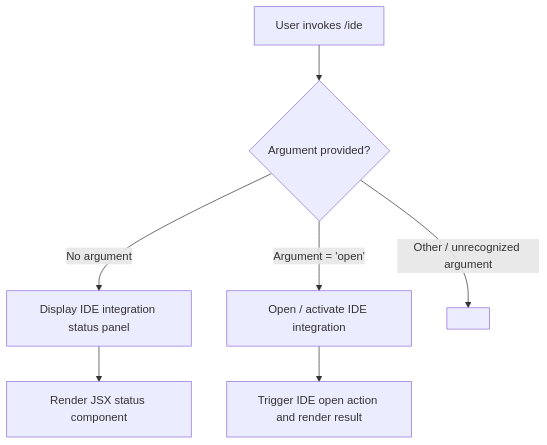
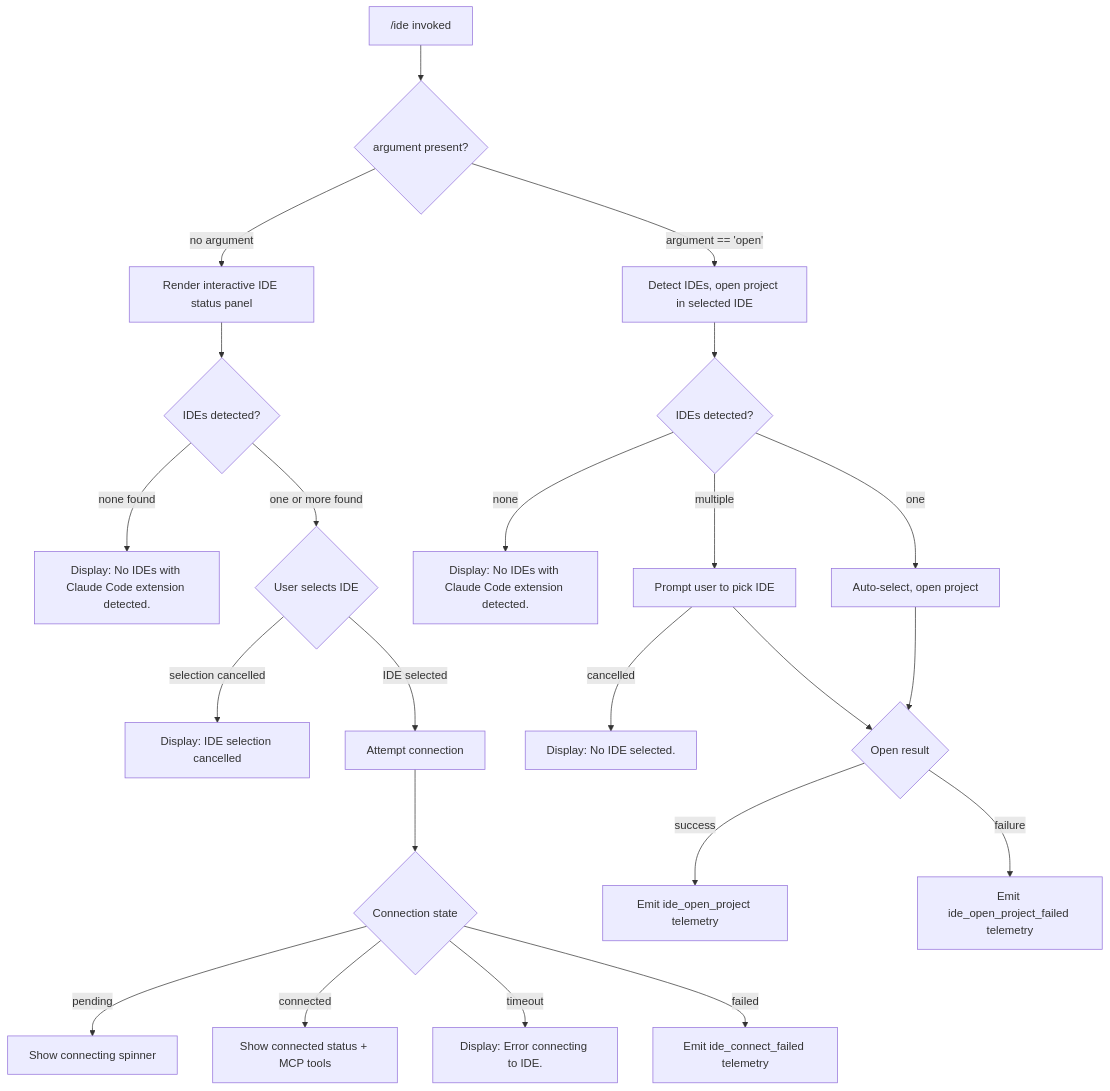
Before and after one commit to MyLittleLuckyDog/cc-gnothi: the diagram in versions/v2.1.150/ide.md, drawn with Mermaid. The commit also changed other lines of this file and 11 other files, not shown here.

````diff
--- a/versions/v2.1.150/ide.md
+++ b/versions/v2.1.150/ide.md
@@ -47,9 +40,25 @@
 ```mermaid
 flowchart TD
-    A[User invokes /ide] --> B{Argument provided?}
-    B -- "No argument" --> C[Display IDE integration status panel]
-    B -- "Argument = 'open'" --> D[Open / activate IDE integration]
-    B -- "Other / unrecognized argument" --> E[<!-- TODO: not found in depth-2 traversal; needs --depth 4 -->]
-    C --> F[Render JSX status component]
-    D --> G[Trigger IDE open action and render result]
+    A["/ide invoked"] --> B{argument present?}
+    B -- "no argument" --> C[Render interactive IDE status panel]
+    B -- "argument == 'open'" --> D[Detect IDEs, open project in selected IDE]
+    C --> E{IDEs detected?}
+    E -- "none found" --> F["Display: No IDEs with Claude Code extension detected."]
+    E -- "one or more found" --> G{User selects IDE}
+    G -- "selection cancelled" --> H["Display: IDE selection cancelled"]
+    G -- "IDE selected" --> I[Attempt connection]
+    I --> J{Connection state}
+    J -- "pending" --> K[Show connecting spinner]
+    J -- "connected" --> L[Show connected status + MCP tools]
+    J -- "timeout" --> M["Display: Error connecting to IDE."]
+    J -- "failed" --> N["Emit ide_connect_failed telemetry"]
+    D --> O{IDEs detected?}
+    O -- "none" --> P["Display: No IDEs with Claude Code extension detected."]
+    O -- "one" --> Q[Auto-select, open project]
+    O -- "multiple" --> R[Prompt user to pick IDE]
+    R -- "cancelled" --> S["Display: No IDE selected."]
+    Q --> T{Open result}
+    R --> T
+    T -- "success" --> U["Emit ide_open_project telemetry"]
+    T -- "failure" --> V["Emit ide_open_project_failed telemetry"]
 ```
````
